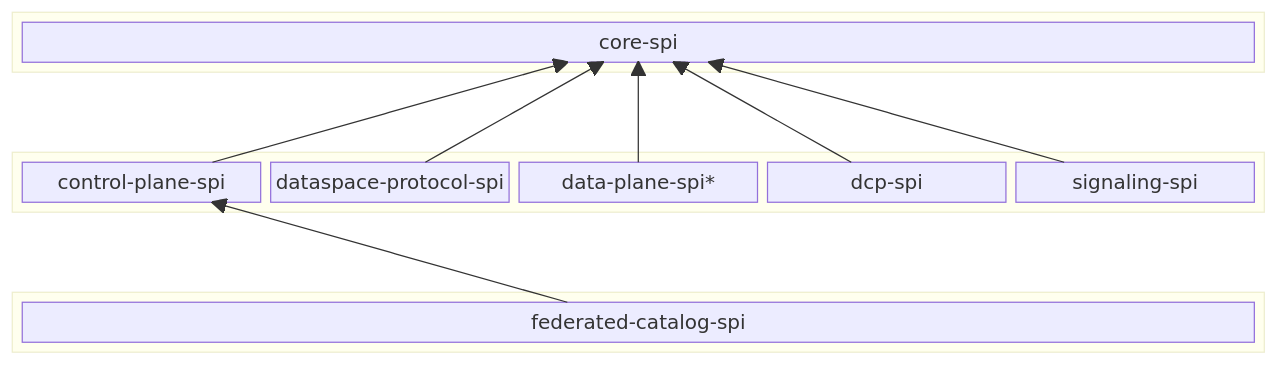
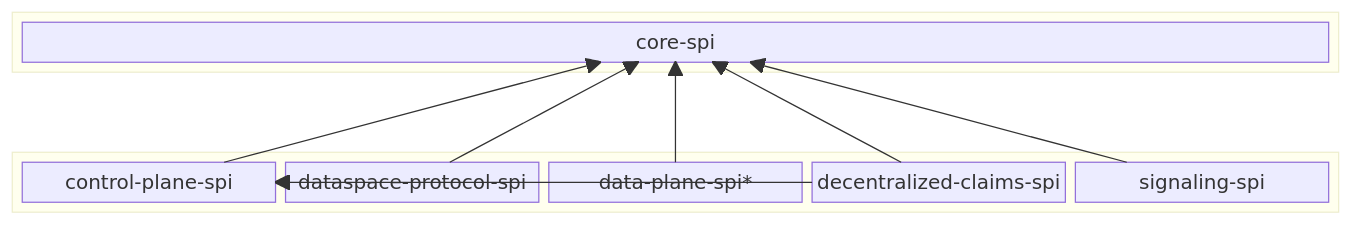
The diagram in docs/developer/decision-records/2026-06-18-spi-module-consolidation/README.md (eclipse-edc/Connector), drawn with Mermaid before and after one commit. The commit also changed other lines of this file and 1035 other files, not shown here.

````diff
--- a/docs/developer/decision-records/2026-06-18-spi-module-consolidation/README.md
+++ b/docs/developer/decision-records/2026-06-18-spi-module-consolidation/README.md
@@ -95,26 +96,22 @@
 ```mermaid
 block-beta
     columns 1
     block
         R["core-spi"]
     end
     space
     block
         A["control-plane-spi"]
         B["dataspace-protocol-spi"]
         C["data-plane-spi*"]
-        D["dcp-spi"]
+        D["decentralized-claims-spi"]
         E["signaling-spi"]
-    end
-    space
-    block
-        F["federated-catalog-spi"]
     end
     A --> R
     B --> R
     C --> R
     D --> R
     E --> R
-    F --> A
+    D --> A
 
 ```
````
